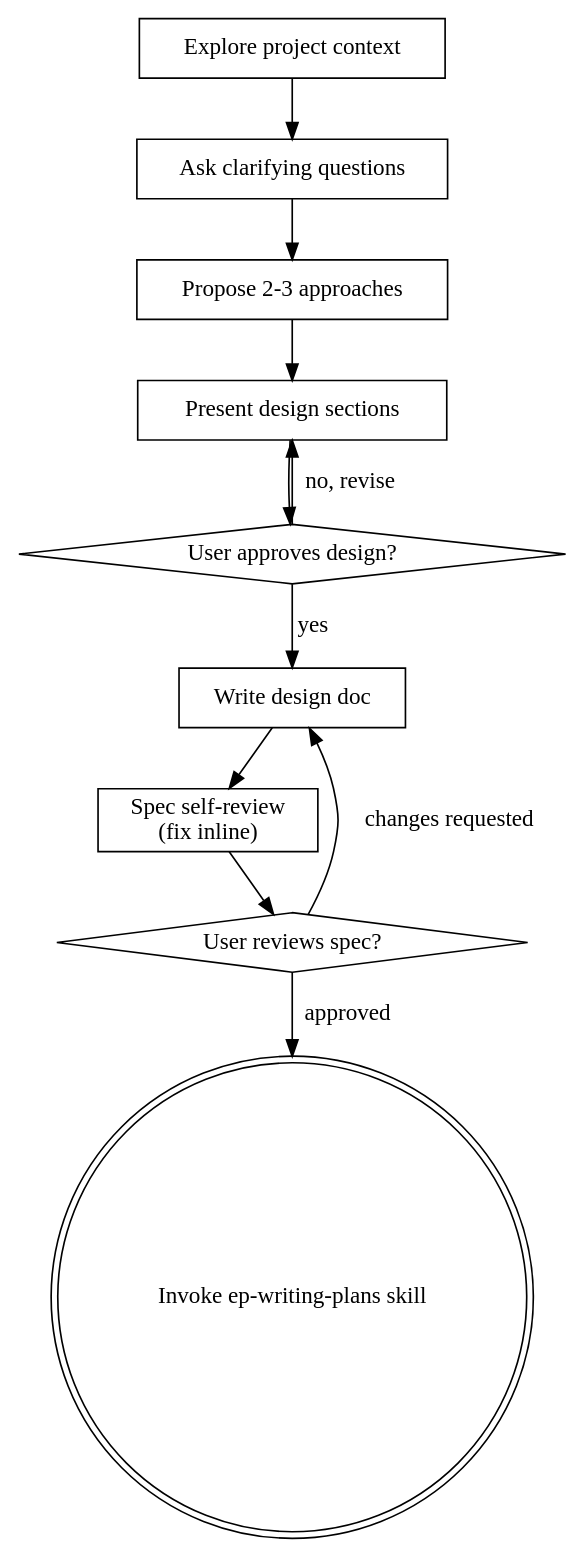
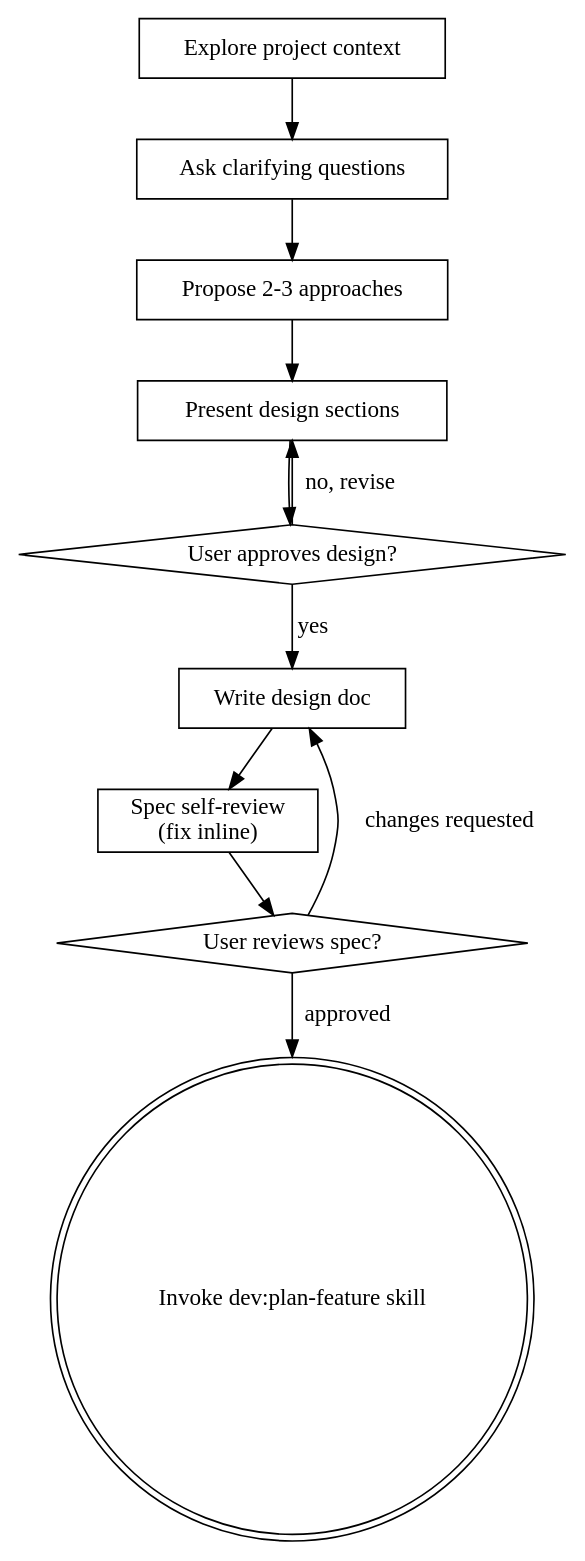
The diagram in engineering-practices/brainstorming/SKILL.md (akotrulev/SkillsLibrary), drawn with Graphviz before and after one commit. The commit also changed other lines of this file and 730 other files, not shown here.

````diff
--- a/engineering-practices/brainstorming/SKILL.md
+++ b/engineering-practices/brainstorming/SKILL.md
@@ -41,24 +41,24 @@
 ```dot
 digraph brainstorming {
     "Explore project context" [shape=box];
     "Ask clarifying questions" [shape=box];
     "Propose 2-3 approaches" [shape=box];
     "Present design sections" [shape=box];
     "User approves design?" [shape=diamond];
     "Write design doc" [shape=box];
     "Spec self-review\n(fix inline)" [shape=box];
     "User reviews spec?" [shape=diamond];
-    "Invoke ep-writing-plans skill" [shape=doublecircle];
+    "Invoke dev:plan-feature skill" [shape=doublecircle];
 
     "Explore project context" -> "Ask clarifying questions";
     "Ask clarifying questions" -> "Propose 2-3 approaches";
     "Propose 2-3 approaches" -> "Present design sections";
     "Present design sections" -> "User approves design?";
     "User approves design?" -> "Present design sections" [label="no, revise"];
     "User approves design?" -> "Write design doc" [label="yes"];
     "Write design doc" -> "Spec self-review\n(fix inline)";
     "Spec self-review\n(fix inline)" -> "User reviews spec?";
     "User reviews spec?" -> "Write design doc" [label="changes requested"];
-    "User reviews spec?" -> "Invoke ep-writing-plans skill" [label="approved"];
+    "User reviews spec?" -> "Invoke dev:plan-feature skill" [label="approved"];
 }
 ```
````
